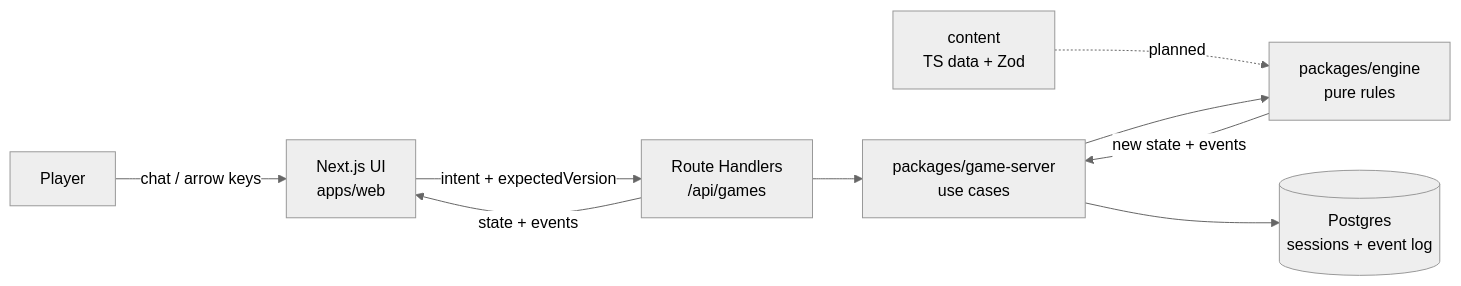
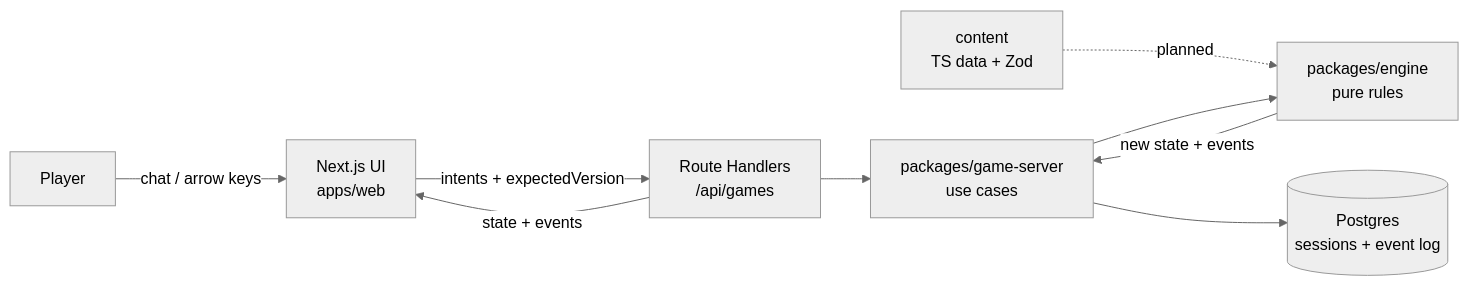
One commit to jk-slezak/Grunberg changed the diagram in docs/architecture.md. Above: the diagram before and after it, drawn with Mermaid (neutral theme). The commit also changed other lines of this file and 81 other files, not shown here.

````diff
--- a/docs/architecture.md
+++ b/docs/architecture.md
@@ -15,11 +15,11 @@
 ```mermaid
 flowchart LR
   P[Player] -->|chat / arrow keys| W[Next.js UI<br/>apps/web]
-  W -->|intent + expectedVersion| R[Route Handlers<br/>/api/games]
+  W -->|intents + expectedVersion| R[Route Handlers<br/>/api/games]
   R --> S[packages/game-server<br/>use cases]
   C[content<br/>TS data + Zod] -.planned.-> E
   S --> E[packages/engine<br/>pure rules]
   E -->|new state + events| S
   S --> D[(Postgres<br/>sessions + event log)]
   R -->|state + events| W
 ```
````
